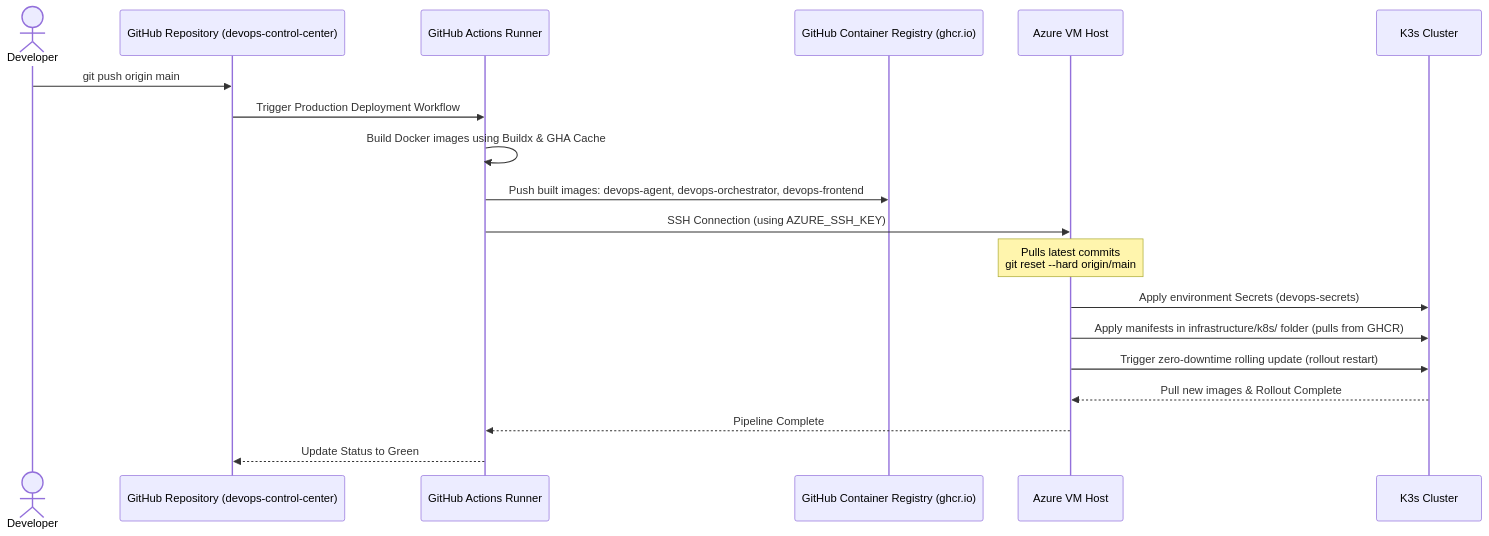
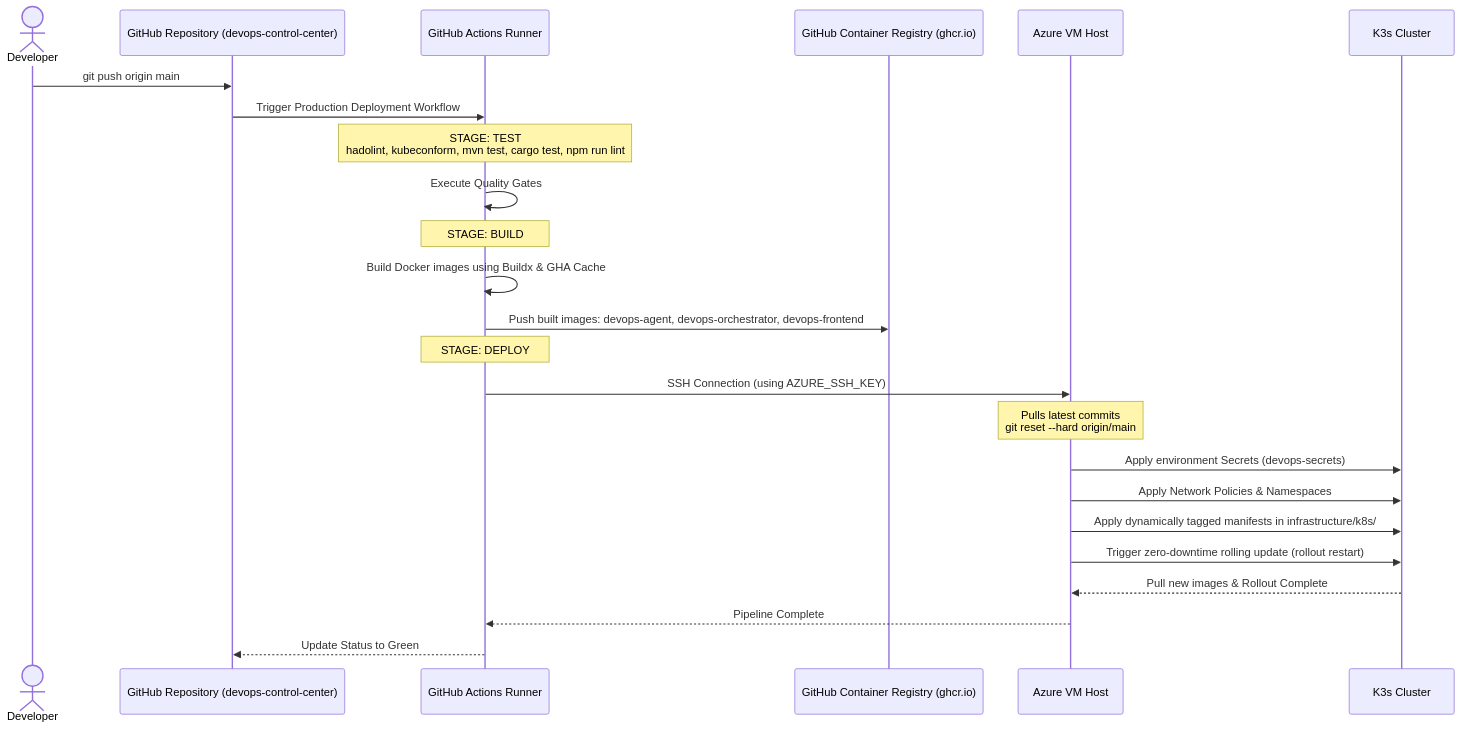
One commit to mattDev0/devops-control-center changed the second of 2 diagrams in README.md. Above: the diagram before and after it, drawn with Mermaid. The commit also changed other lines of this file, not shown here.

Commit message:
docs: update architecture, security, and CI/CD documentation

````diff
--- a/README.md
+++ b/README.md
@@ -147,22 +149,30 @@
 ```mermaid
 sequenceDiagram
     actor Developer
     participant GitHub as GitHub Repository (devops-control-center)
     participant Runner as GitHub Actions Runner
     participant GHCR as GitHub Container Registry (ghcr.io)
     participant VM as Azure VM Host
     participant K3s as K3s Cluster
 
     Developer->>GitHub: git push origin main
     GitHub->>Runner: Trigger Production Deployment Workflow
+    
+    Note over Runner: STAGE: TEST<br/>hadolint, kubeconform, mvn test, cargo test, npm run lint
+    Runner->>Runner: Execute Quality Gates
+    
+    Note over Runner: STAGE: BUILD
     Runner->>Runner: Build Docker images using Buildx & GHA Cache
     Runner->>GHCR: Push built images: devops-agent, devops-orchestrator, devops-frontend
+    
+    Note over Runner: STAGE: DEPLOY
     Runner->>VM: SSH Connection (using AZURE_SSH_KEY)
     Note over VM: Pulls latest commits<br/>git reset --hard origin/main
     VM->>K3s: Apply environment Secrets (devops-secrets)
-    VM->>K3s: Apply manifests in infrastructure/k8s/ folder (pulls from GHCR)
+    VM->>K3s: Apply Network Policies & Namespaces
+    VM->>K3s: Apply dynamically tagged manifests in infrastructure/k8s/
     VM->>K3s: Trigger zero-downtime rolling update (rollout restart)
     K3s-->>VM: Pull new images & Rollout Complete
     VM-->>Runner: Pipeline Complete
     Runner-->>GitHub: Update Status to Green
 ```
````
